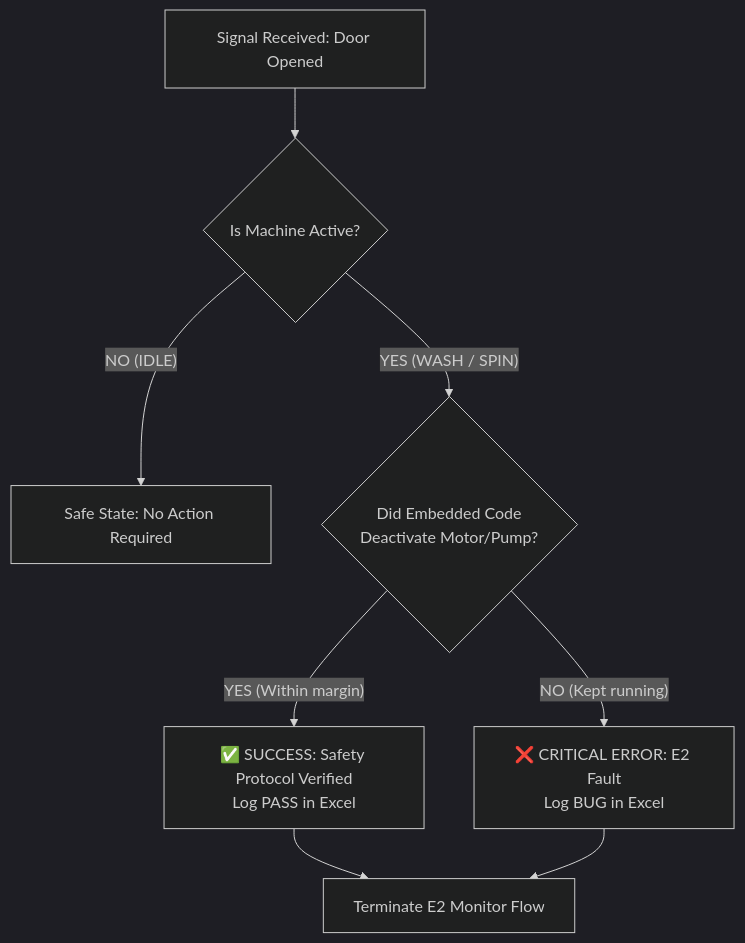
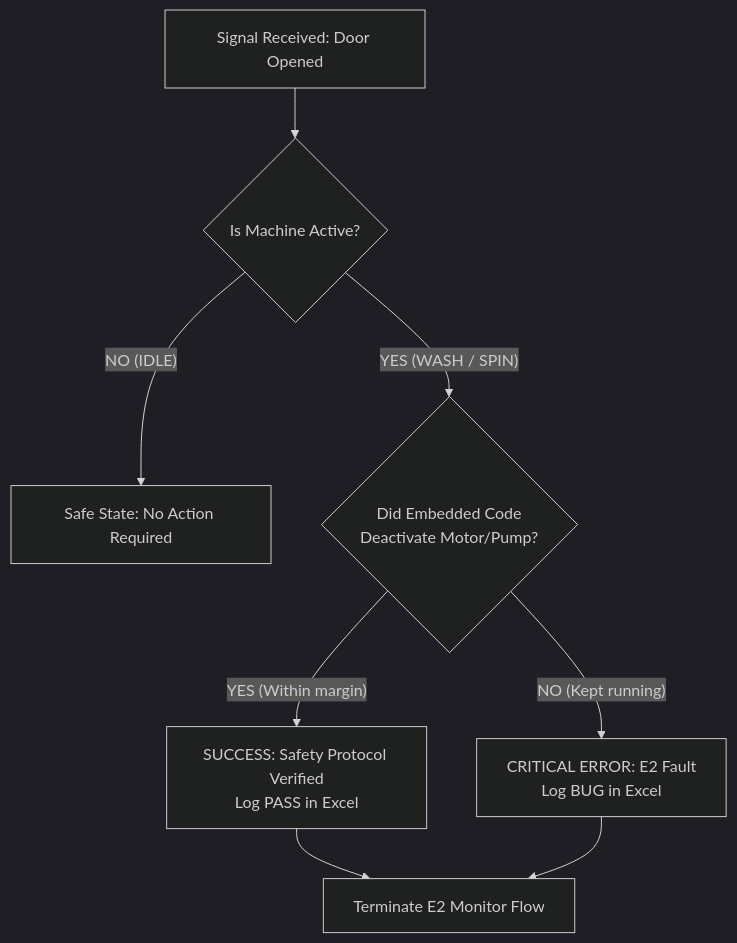
The third of 3 diagrams in README.md (ziademad02153/WM-SHARP-BLCD-Automated-HIL-SYS), drawn with Mermaid (dark theme) before and after one commit. The commit also changed other lines of this file, not shown here.

````diff
--- a/README.md
+++ b/README.md
@@ -83,12 +83,12 @@
 ```mermaid
 graph TD
     A[Signal Received: Door Opened] --> B{Is Machine Active?}
     B -- "NO (IDLE)" --> C[Safe State: No Action Required]
     B -- "YES (WASH / SPIN)" --> D{Did Embedded Code<br/>Deactivate Motor/Pump?}
     
-    D -- "YES (Within margin)" --> E[✅ SUCCESS: Safety Protocol Verified\nLog PASS in Excel]
-    D -- "NO (Kept running)" --> F[❌ CRITICAL ERROR: E2 Fault\nLog BUG in Excel]
+    D -- "YES (Within margin)" --> E[ SUCCESS: Safety Protocol Verified\nLog PASS in Excel]
+    D -- "NO (Kept running)" --> F[ CRITICAL ERROR: E2 Fault\nLog BUG in Excel]
     
     E --> G[Terminate E2 Monitor Flow]
     F --> G
 ```
````
